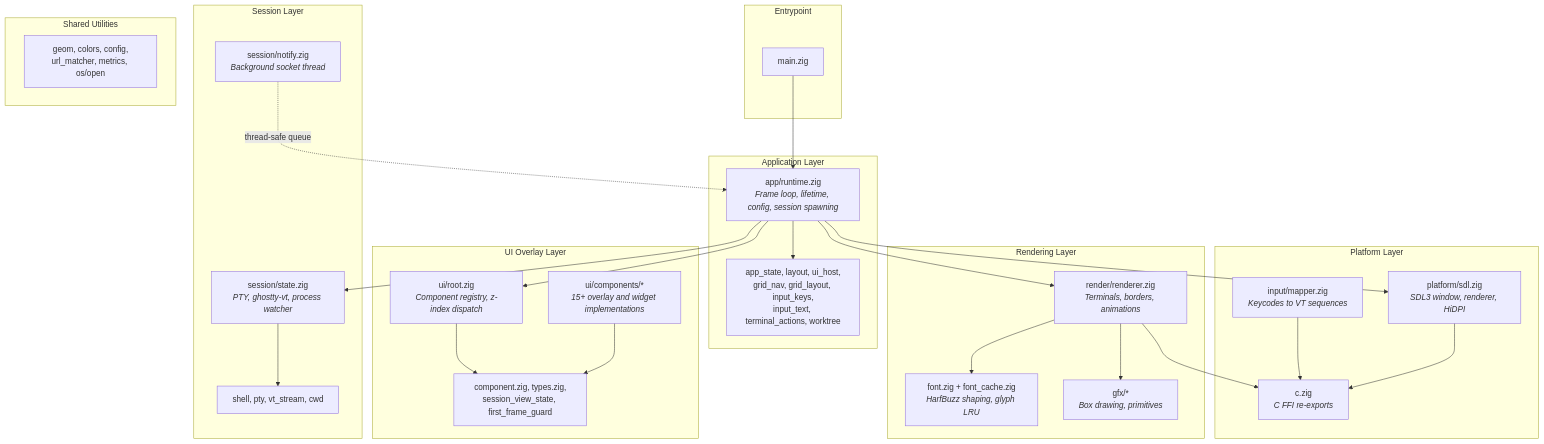
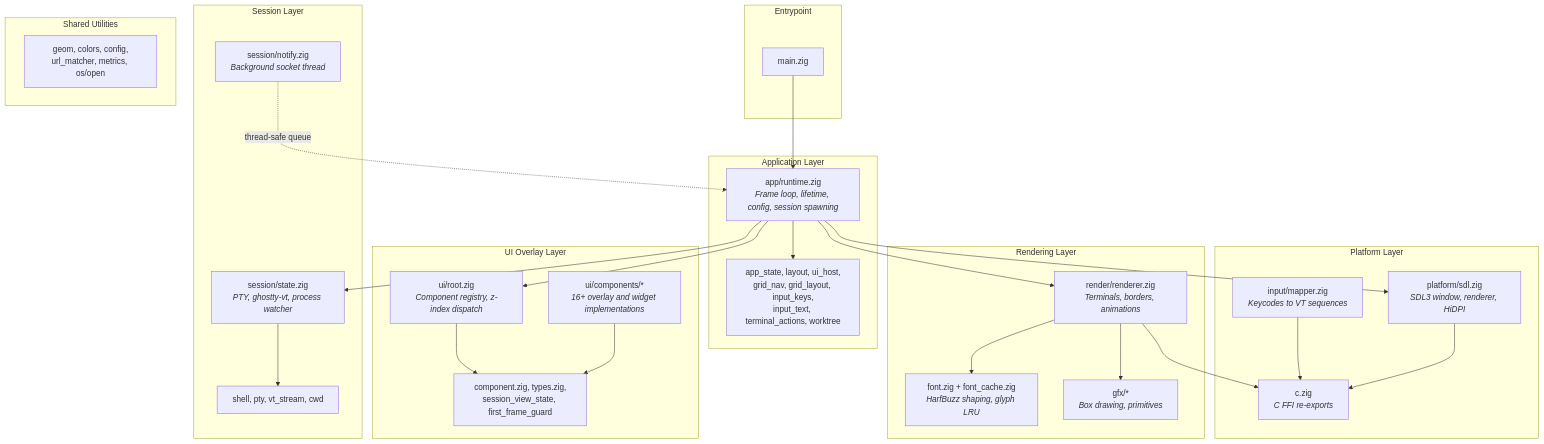
The diagram in docs/ARCHITECTURE.md (forketyfork/architect), drawn with Mermaid before and after one commit. The commit also changed other lines of this file and 11 other files, not shown here.

````diff
--- a/docs/ARCHITECTURE.md
+++ b/docs/ARCHITECTURE.md
@@ -9,55 +9,55 @@
 ```mermaid
 graph TD
     subgraph Entrypoint
         MAIN["main.zig"]
     end
 
     subgraph Application Layer
         RT["app/runtime.zig<br/><i>Frame loop, lifetime, config, session spawning</i>"]
         APP_MODS["app_state, layout, ui_host,<br/>grid_nav, grid_layout, input_keys,<br/>input_text, terminal_actions, worktree"]
     end
 
     subgraph Platform Layer
         SDL["platform/sdl.zig<br/><i>SDL3 window, renderer, HiDPI</i>"]
         IM["input/mapper.zig<br/><i>Keycodes to VT sequences</i>"]
         CZIG["c.zig<br/><i>C FFI re-exports</i>"]
     end
 
     subgraph Session Layer
         SS["session/state.zig<br/><i>PTY, ghostty-vt, process watcher</i>"]
         SN["session/notify.zig<br/><i>Background socket thread</i>"]
         SESSION_MODS["shell, pty, vt_stream, cwd"]
     end
 
     subgraph Rendering Layer
         REN["render/renderer.zig<br/><i>Terminals, borders, animations</i>"]
         FONT["font.zig + font_cache.zig<br/><i>HarfBuzz shaping, glyph LRU</i>"]
         GFX["gfx/*<br/><i>Box drawing, primitives</i>"]
     end
 
     subgraph UI Overlay Layer
         UR["ui/root.zig<br/><i>Component registry, z-index dispatch</i>"]
         UI_CORE["component.zig, types.zig,<br/>session_view_state, first_frame_guard"]
-        COMPONENTS["ui/components/*<br/><i>15+ overlay and widget implementations</i>"]
+        COMPONENTS["ui/components/*<br/><i>16+ overlay and widget implementations</i>"]
     end
 
     subgraph Shared Utilities
         SHARED["geom, colors, config,<br/>url_matcher, metrics, os/open"]
     end
 
     MAIN --> RT
     RT --> APP_MODS
     RT --> SDL
     RT --> SS
     RT --> REN
     RT --> UR
     SS --> SESSION_MODS
     SN -.->|"thread-safe queue"| RT
     REN --> FONT
     REN --> GFX
     UR --> UI_CORE
     COMPONENTS --> UI_CORE
     IM --> CZIG
     SDL --> CZIG
     REN --> CZIG
 ```
````
